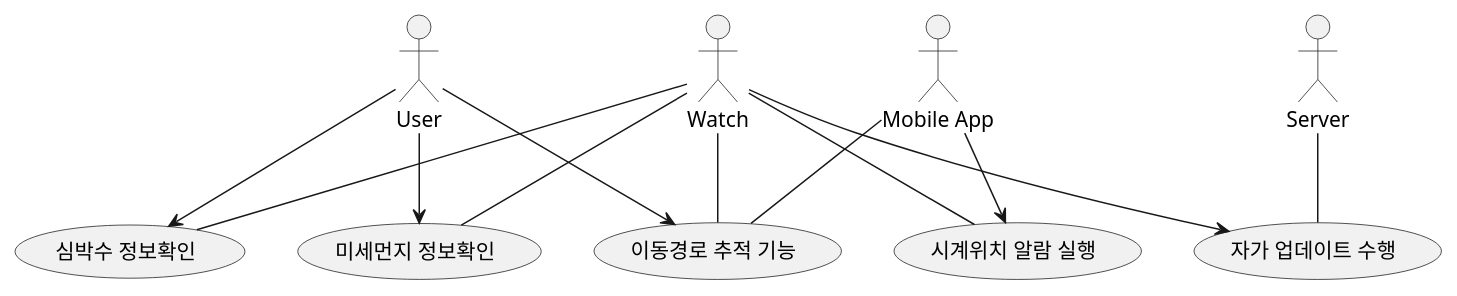
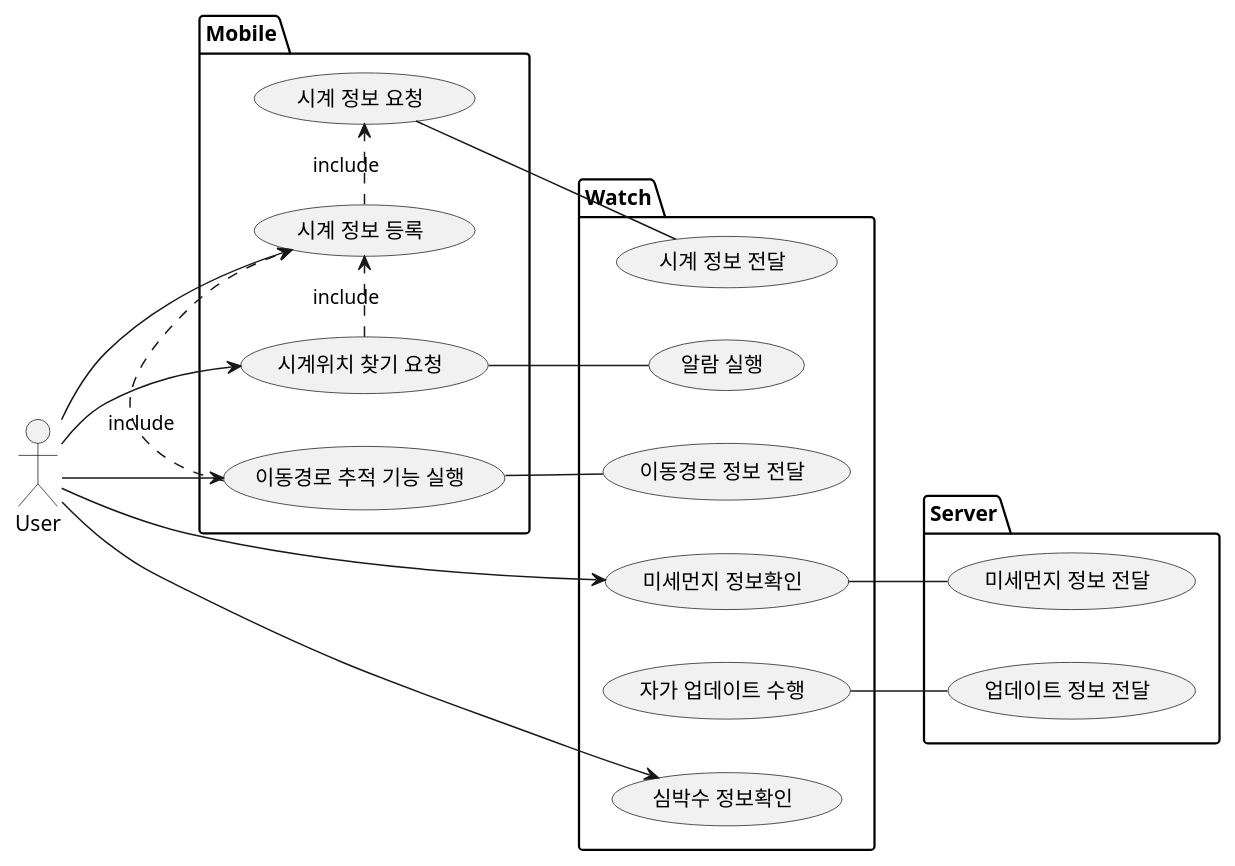
One commit to yenarue/TIL changed the diagram in Architecture/02_UML/02_01_Use_Case_Diagram.plantuml. Above: the diagram before and after it, drawn with PlantUML. The commit also changed 35 other files, not shown here.

Commit message:
Arch: Add Class Diagram

```diff
--- a/Architecture/02_UML/02_01_Use_Case_Diagram.plantuml
+++ b/Architecture/02_UML/02_01_Use_Case_Diagram.plantuml
@@ -1,26 +1,45 @@
 @startuml digital_clock
+left to right direction
+
+package Mobile {
+    "이동경로 추적 기능 실행" as (UC_05)
+    "시계위치 찾기 요청" as (UC_03_01)
+    "시계 정보 등록" as (Precondition_01)
+    "시계 정보 요청" as (Precondition_01_01)
+}
+
+package Watch {
+    "미세먼지 정보확인" as (UC_01)
+    "심박수 정보확인" as (UC_02)
+    "알람 실행" as (UC_03)
+    "자가 업데이트 수행" as (UC_04)
+    "이동경로 정보 전달" as (UC_05_02)
+    "시계 정보 전달" as (Precondition_01_02)
+}
+
+package Server {
+    "미세먼지 정보 전달" as (UC_01_01)
+    "업데이트 정보 전달" as (UC_04_01)
+}
+
+
+:User: --> (Precondition_01)
+(Precondition_01) .> (Precondition_01_01) : include
+(Precondition_01_01) -- (Precondition_01_02)
 
 :User: --> (UC_01)
-:Watch: -- (UC_01)
+(UC_01) -- (UC_01_01)
 
 :User: --> (UC_02)
-:Watch: -- (UC_02)
 
-:Mobile App: --> (UC_03)
-:Watch: -- (UC_03)
+(UC_03_01) .> (Precondition_01) : include
+:User: --> (UC_03_01)
+(UC_03_01) -- (UC_03)
 
-:Watch: --> (UC_04)
-:Server: -- (UC_04)
+(UC_04) -- (UC_04_01)
 
+(UC_05) .> (Precondition_01) : include
 :User: --> (UC_05)
-:Mobile App: -- (UC_05)
-:Watch: -- (UC_05)
-
-
-"미세먼지 정보확인" as (UC_01)
-"심박수 정보확인" as (UC_02)
-"시계위치 알람 실행" as (UC_03)
-"자가 업데이트 수행" as (UC_04)
-"이동경로 추적 기능" as (UC_05)
+(UC_05) -- (UC_05_02)
 
 @enduml
```
